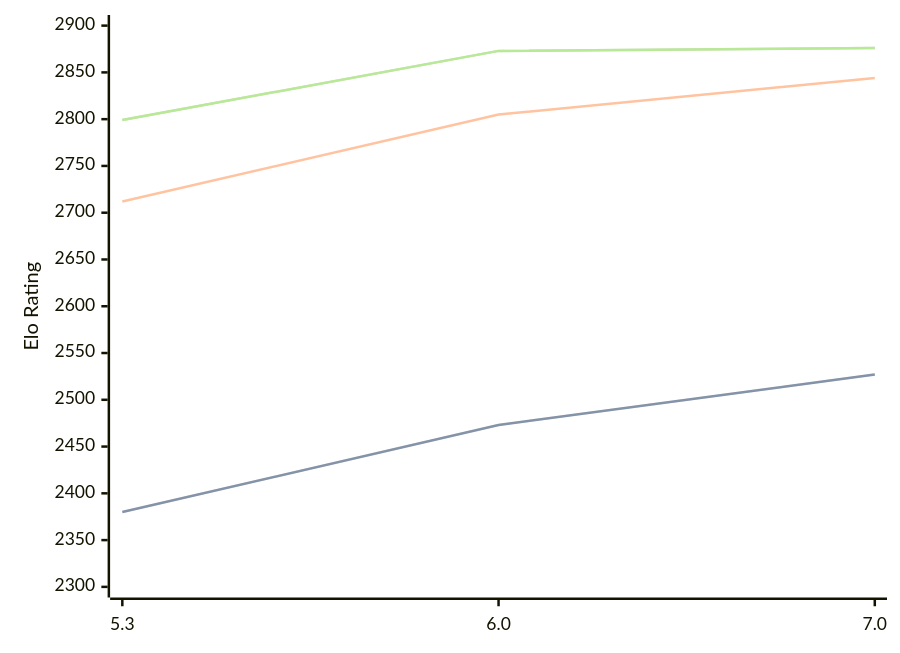
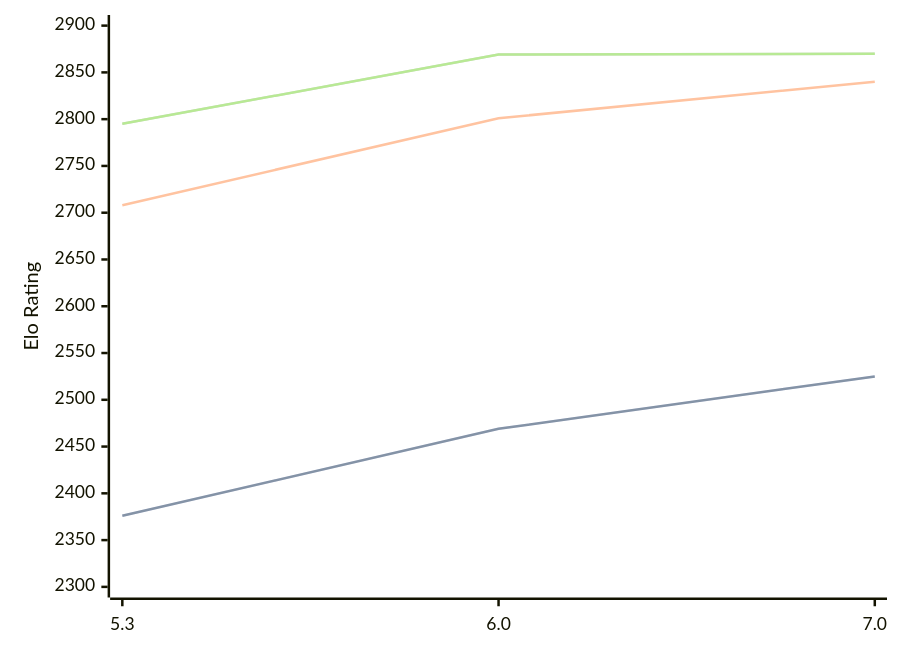
Before and after one commit to computer-chess-index/cci: the first of 3 diagrams in engines/tomitankChess.md, drawn with Mermaid. The commit also changed other lines of this file, not shown here.

Commit message:
Update CCI Ratings (ELO VLTC) - 2026-07-16

````diff
--- a/engines/tomitankChess.md
+++ b/engines/tomitankChess.md
@@ -41,11 +41,11 @@
 ```mermaid
 %%{init: {"theme":"base","themeVariables":{"seriesColors:['#a3a3a3','#222221','#faa371']}}}%%
 xychart-beta
   x-axis ["5.3", "6.0", "7.0"]
   y-axis "Elo Rating" 2300 --> 2900
-  line "STC (8.0+0.08s)" [2380, 2473, 2527]
-  line "STC (8.0+0.08s)" [2380, 2473, 2527]
-  line "LTC (60.0+0.60s)" [2712, 2805, 2844]
-  line "VLTC (2m24s+1.12s)" [2799, 2873, 2876]
-  line "VLTC (2m24s+1.12s)" [2799, 2873, 2876]
+  line "STC (8.0+0.08s)" [2376, 2469, 2525]
+  line "STC (8.0+0.08s)" [2376, 2469, 2525]
+  line "LTC (60.0+0.60s)" [2708, 2801, 2840]
+  line "VLTC (2m24s+1.12s)" [2795, 2869, 2870]
+  line "VLTC (2m24s+1.12s)" [2795, 2869, 2870]
 ```
````
